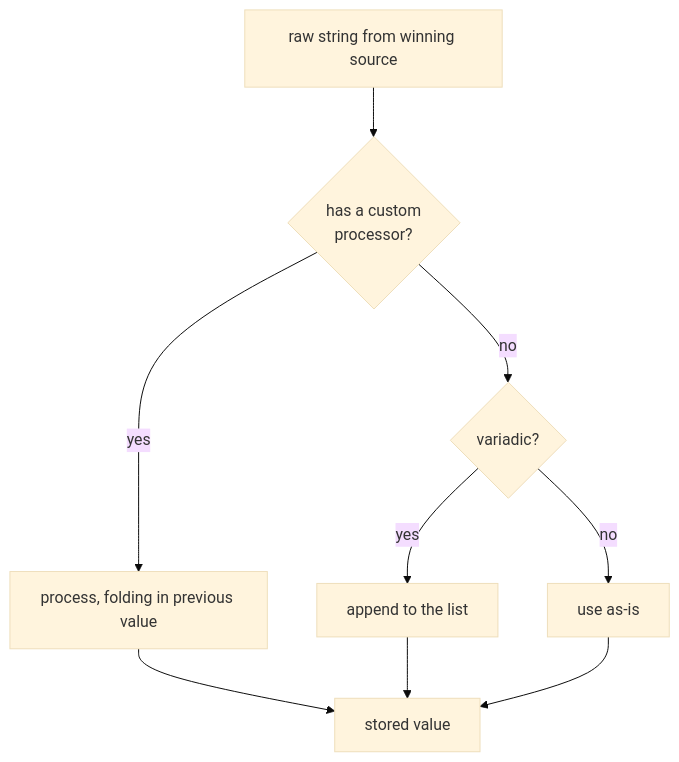
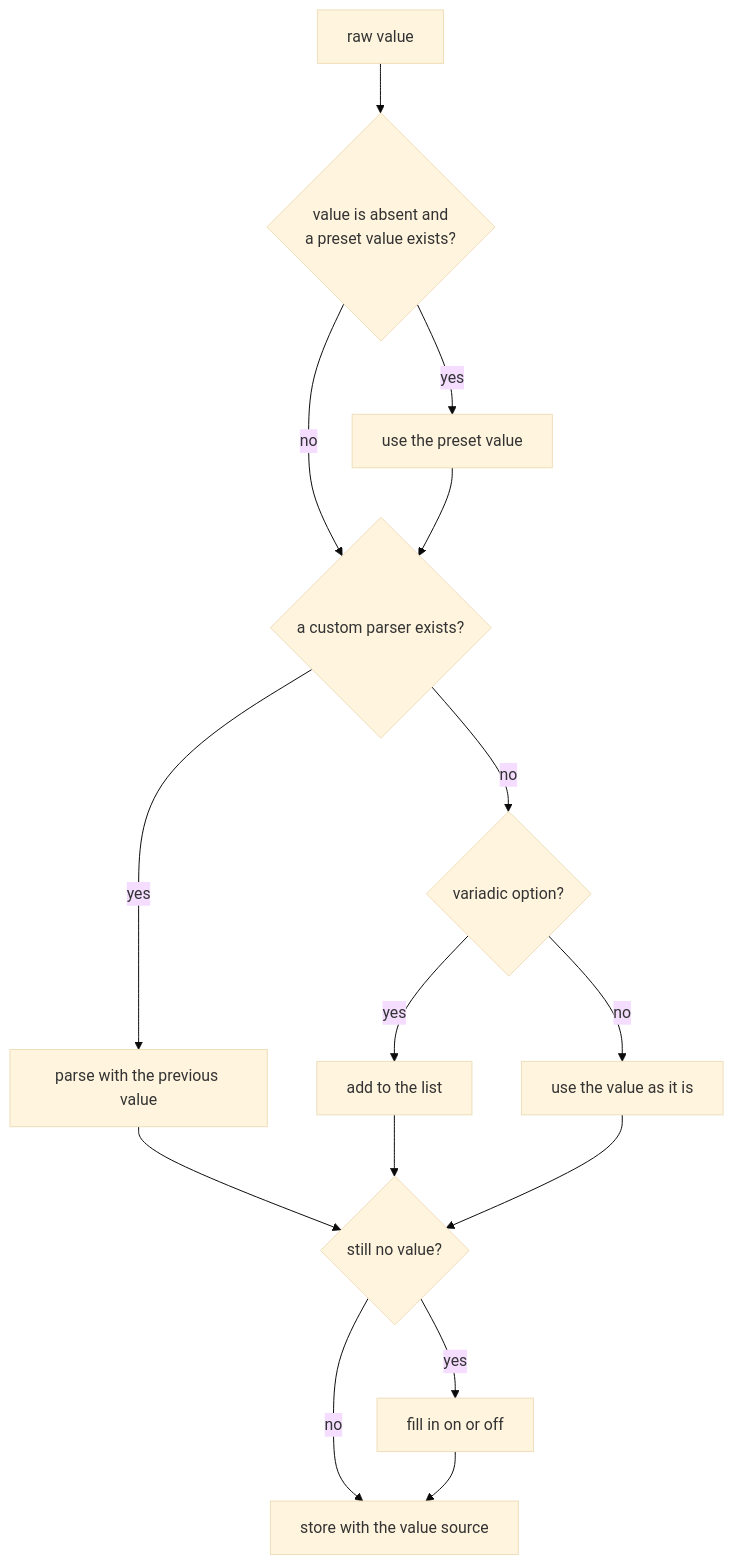
One commit to KeunwooPark/cluedoc changed the third of 4 diagrams in docs/examples/commander/.cluedoc/option-parsing/value-resolution/README.md. Above: the diagram before and after it, drawn with Mermaid (base theme). The commit also changed other lines of this file and 22 other files, not shown here.

````diff
--- a/docs/examples/commander/.cluedoc/option-parsing/value-resolution/README.md
+++ b/docs/examples/commander/.cluedoc/option-parsing/value-resolution/README.md
@@ -54,11 +69,17 @@
 ```mermaid
 flowchart TD
-    RAW["raw string from winning source"] --> HAS{"has a custom<br/>processor?"}
-    HAS -- yes --> PROC["process, folding in previous value"]
-    HAS -- no --> VARI{"variadic?"}
-    VARI -- yes --> COLL["append to the list"]
-    VARI -- no --> ASIS["use as-is"]
-    PROC --> DONE["stored value"]
-    COLL --> DONE
-    ASIS --> DONE
+    RAW["raw value"] --> PRE{"value is absent and<br/>a preset value exists?"}
+    PRE -- yes --> USEP["use the preset value"]
+    PRE -- no --> HAS
+    USEP --> HAS{"a custom parser exists?"}
+    HAS -- yes --> PROC["parse with the previous value"]
+    HAS -- no --> VARI{"variadic option?"}
+    VARI -- yes --> COLL["add to the list"]
+    VARI -- no --> ASIS["use the value as it is"]
+    PROC --> FILL{"still no value?"}
+    COLL --> FILL
+    ASIS --> FILL
+    FILL -- yes --> SET["fill in on or off"]
+    FILL -- no --> DONE["store with the value source"]
+    SET --> DONE
 ```
````
